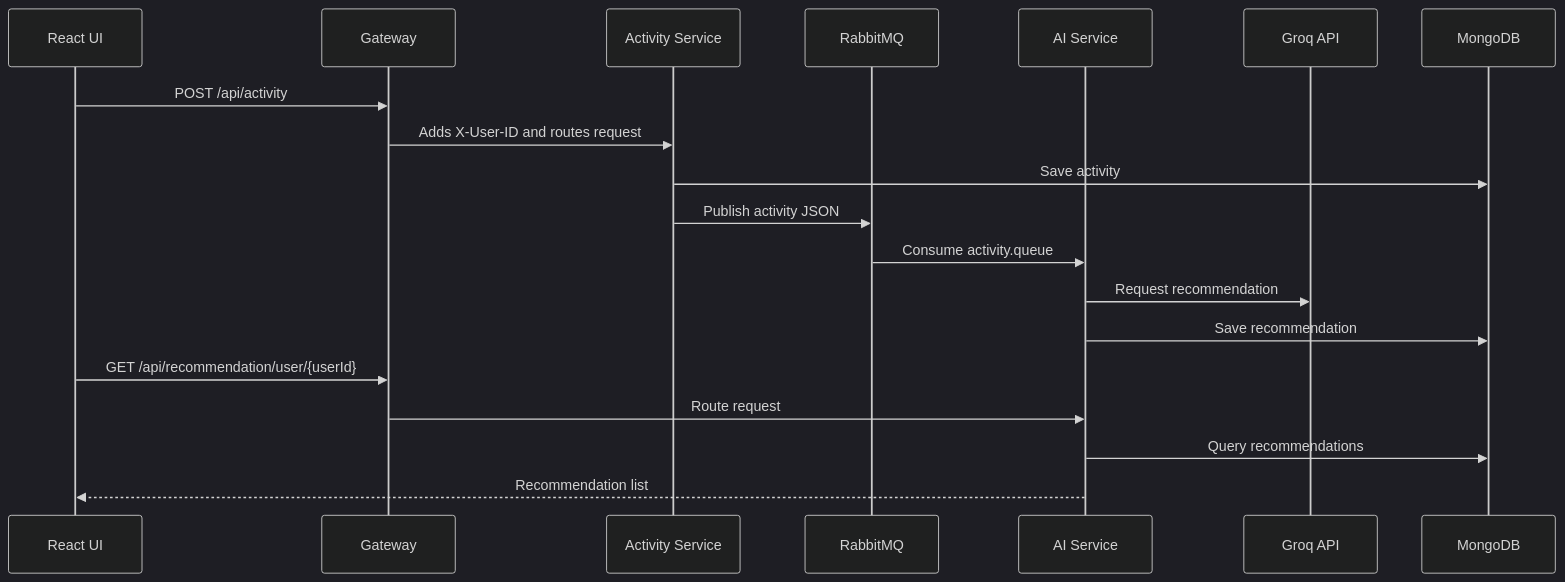
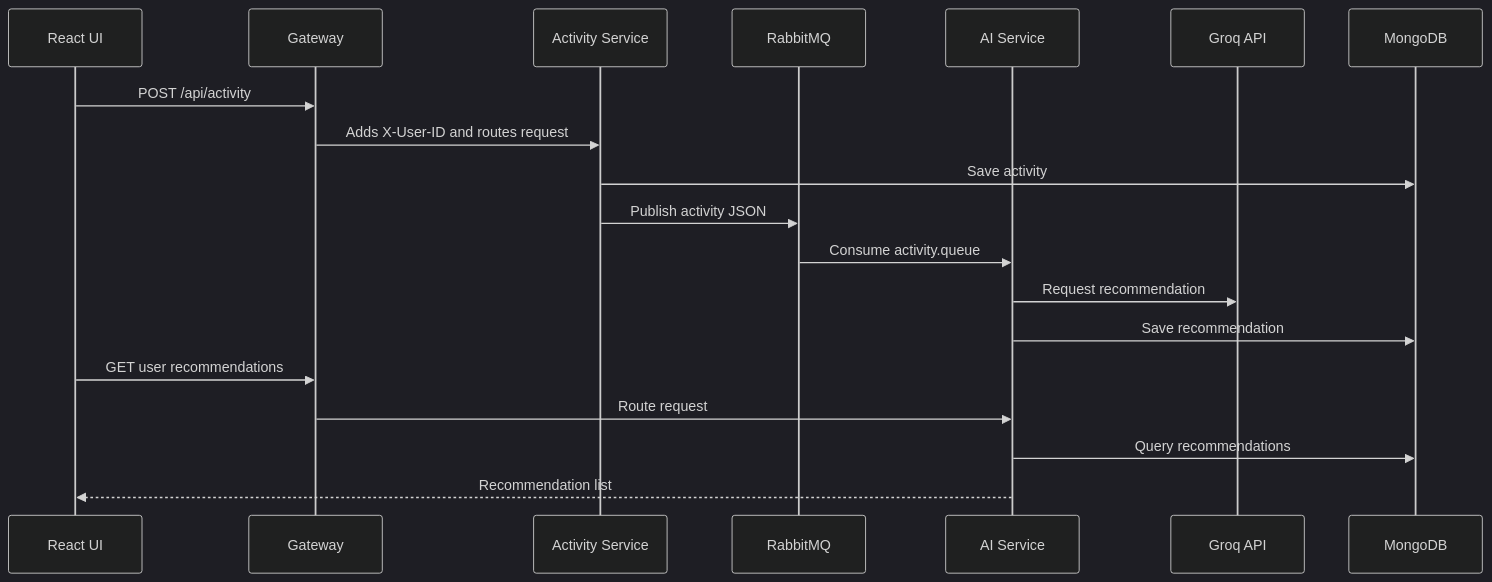
One commit to amandwivedi143/Fitduck changed the second of 2 diagrams in README.md. Above: the diagram before and after it, drawn with Mermaid (dark theme). The commit also changed 3 other files, not shown here.

````diff
--- a/README.md
+++ b/README.md
@@ -321,22 +321,22 @@
 ```mermaid
 sequenceDiagram
   participant UI as React UI
   participant GW as Gateway
   participant Activity as Activity Service
   participant Rabbit as RabbitMQ
   participant AI as AI Service
   participant Groq as Groq API
   participant Mongo as MongoDB
 
   UI->>GW: POST /api/activity
   GW->>Activity: Adds X-User-ID and routes request
   Activity->>Mongo: Save activity
   Activity->>Rabbit: Publish activity JSON
   Rabbit->>AI: Consume activity.queue
   AI->>Groq: Request recommendation
   AI->>Mongo: Save recommendation
-  UI->>GW: GET /api/recommendation/user/{userId}
+  UI->>GW: GET user recommendations
   GW->>AI: Route request
   AI->>Mongo: Query recommendations
   AI-->>UI: Recommendation list
 ```
````
